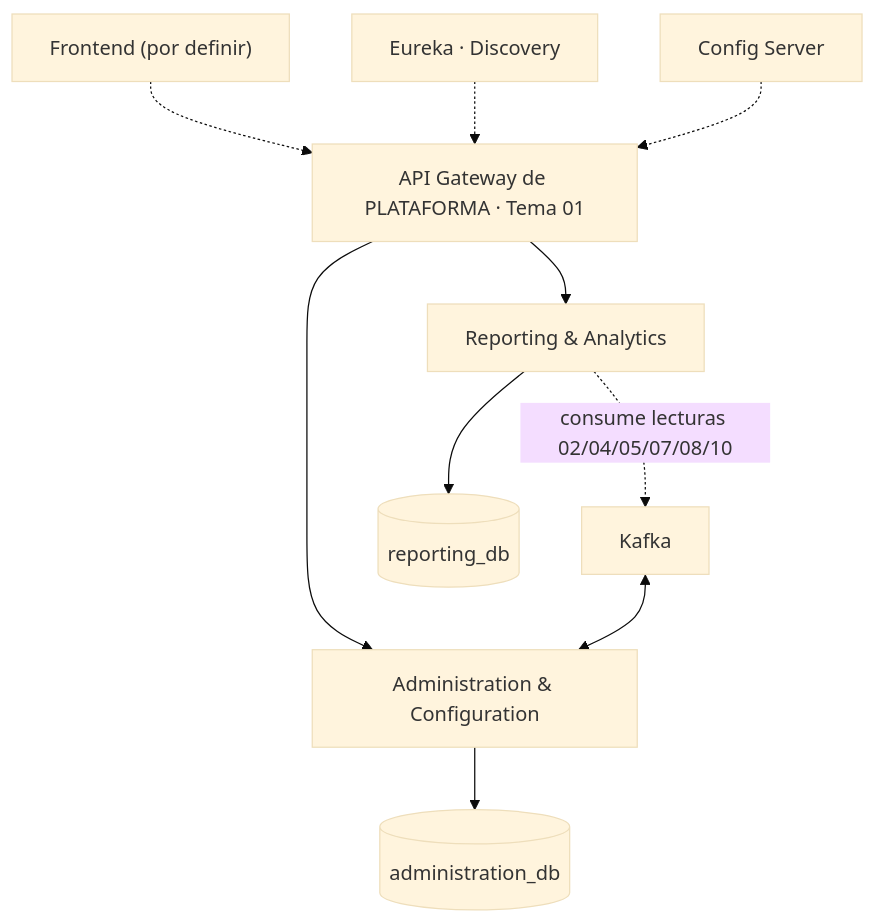
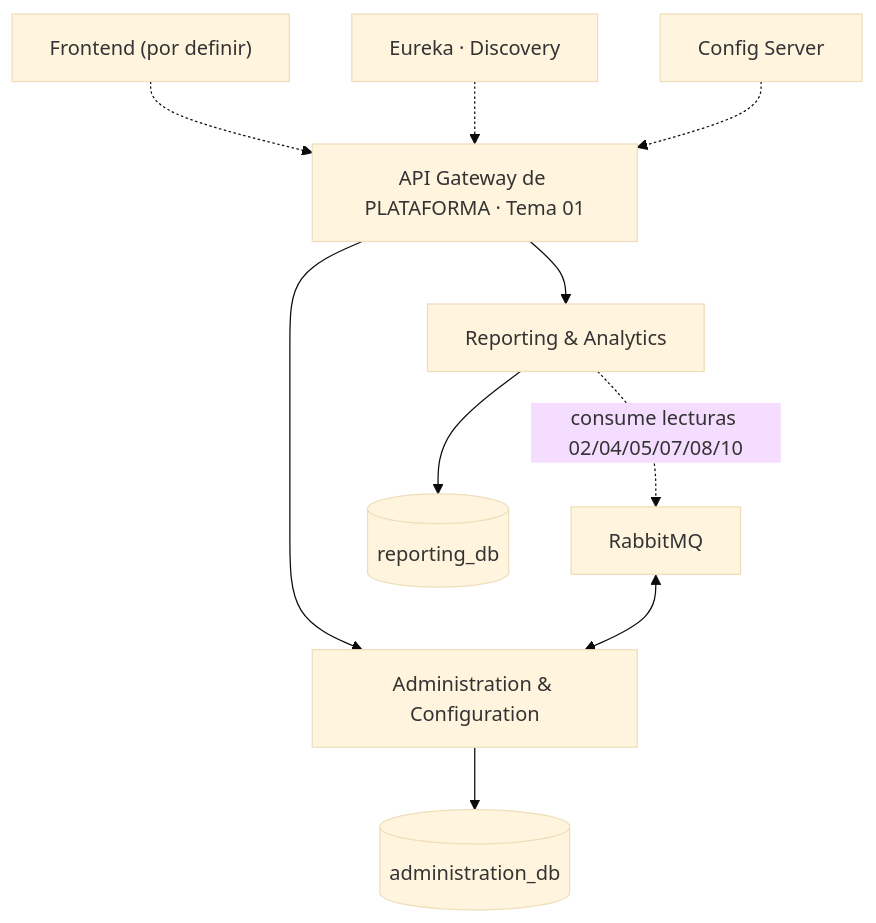
The diagram in docs/backend/resumen.md (2W2-114324-Carballo-Juarez-Mateo/backoffice-docs), drawn with Mermaid (base theme) before and after one commit. The commit also changed other lines of this file and 18 other files, not shown here.

````diff
--- a/docs/backend/resumen.md
+++ b/docs/backend/resumen.md
@@ -12,14 +12,14 @@
 ```mermaid
 flowchart TB
     FE["Frontend (por definir)"] -.-> GW[API Gateway de PLATAFORMA · Tema 01]
     GW --> AD[Administration & Configuration]
     GW --> RP[Reporting & Analytics]
 
     AD --> DB1[(administration_db)]
     RP --> DB2[(reporting_db)]
 
     E[Eureka · Discovery] -.-> GW
     CFG[Config Server] -.-> GW
-    K[Kafka] <--> AD
+    K[RabbitMQ] <--> AD
     RP -. consume lecturas 02/04/05/07/08/10 .-> K
 ```
````
